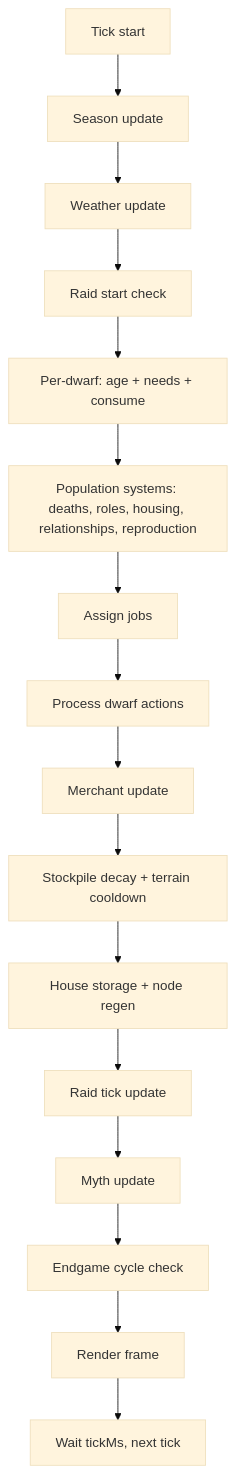
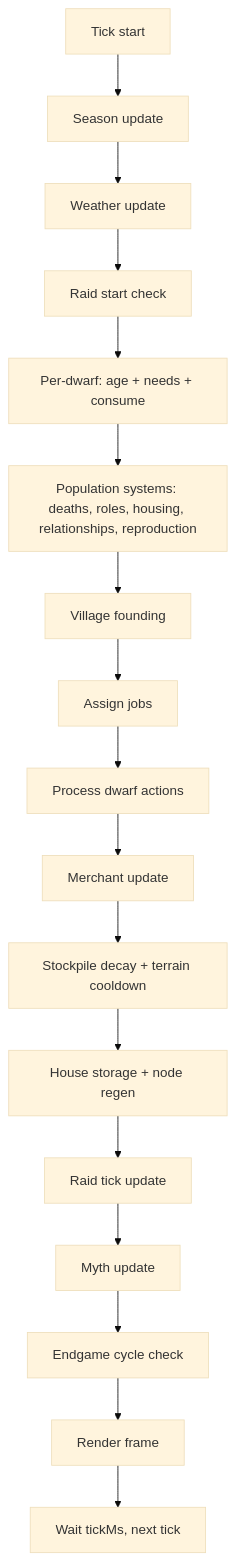
Before and after one commit to Gladiak/nodeDwarves: the diagram in MANUAL.md, drawn with Mermaid (base theme). The commit also changed other lines of this file and 8 other files, not shown here.

````diff
--- a/MANUAL.md
+++ b/MANUAL.md
@@ -49,18 +50,19 @@
 ```mermaid
 flowchart TD
   A[Tick start] --> B[Season update]
   B --> C[Weather update]
   C --> D[Raid start check]
   D --> E[Per-dwarf: age + needs + consume]
   E --> F[Population systems: deaths, roles, housing, relationships, reproduction]
-  F --> G[Assign jobs]
-  G --> H[Process dwarf actions]
-  H --> I[Merchant update]
-  I --> J[Stockpile decay + terrain cooldown]
-  J --> K[House storage + node regen]
-  K --> L[Raid tick update]
-  L --> M[Myth update]
-  M --> N[Endgame cycle check]
-  N --> O[Render frame]
-  O --> P[Wait tickMs, next tick]
+  F --> G[Village founding]
+  G --> H[Assign jobs]
+  H --> I[Process dwarf actions]
+  I --> J[Merchant update]
+  J --> K[Stockpile decay + terrain cooldown]
+  K --> L[House storage + node regen]
+  L --> M[Raid tick update]
+  M --> N[Myth update]
+  N --> O[Endgame cycle check]
+  O --> P[Render frame]
+  P --> Q[Wait tickMs, next tick]
 ```
````
